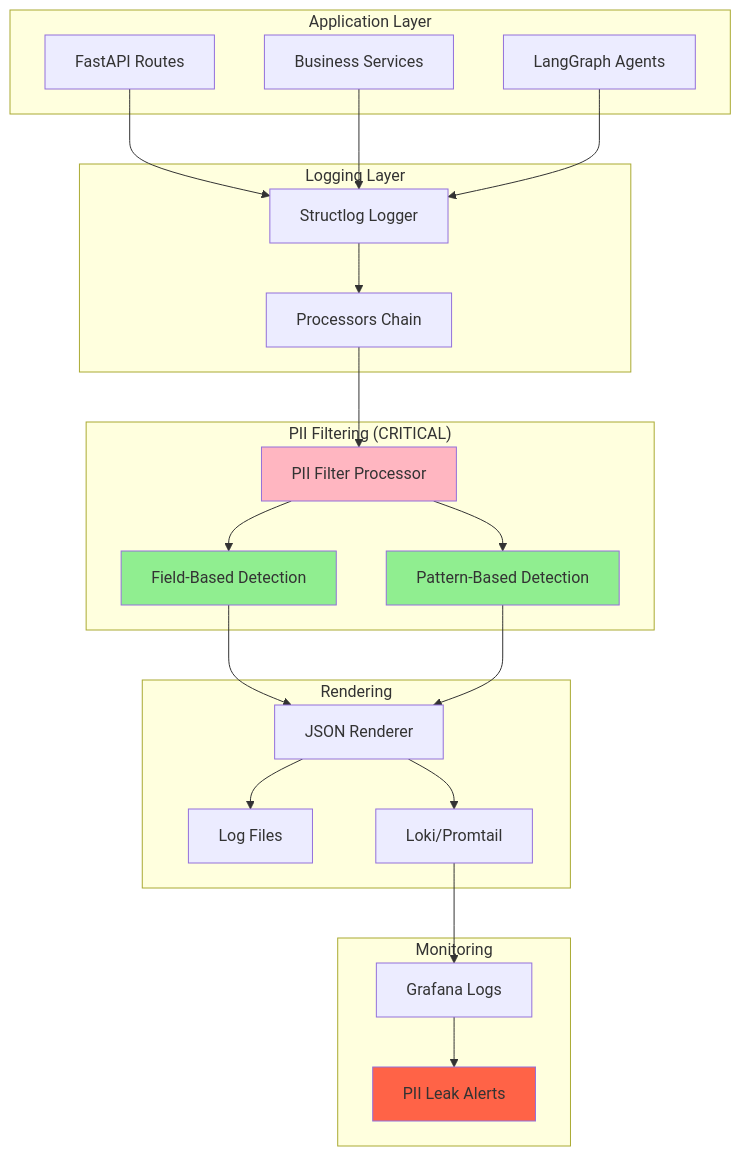
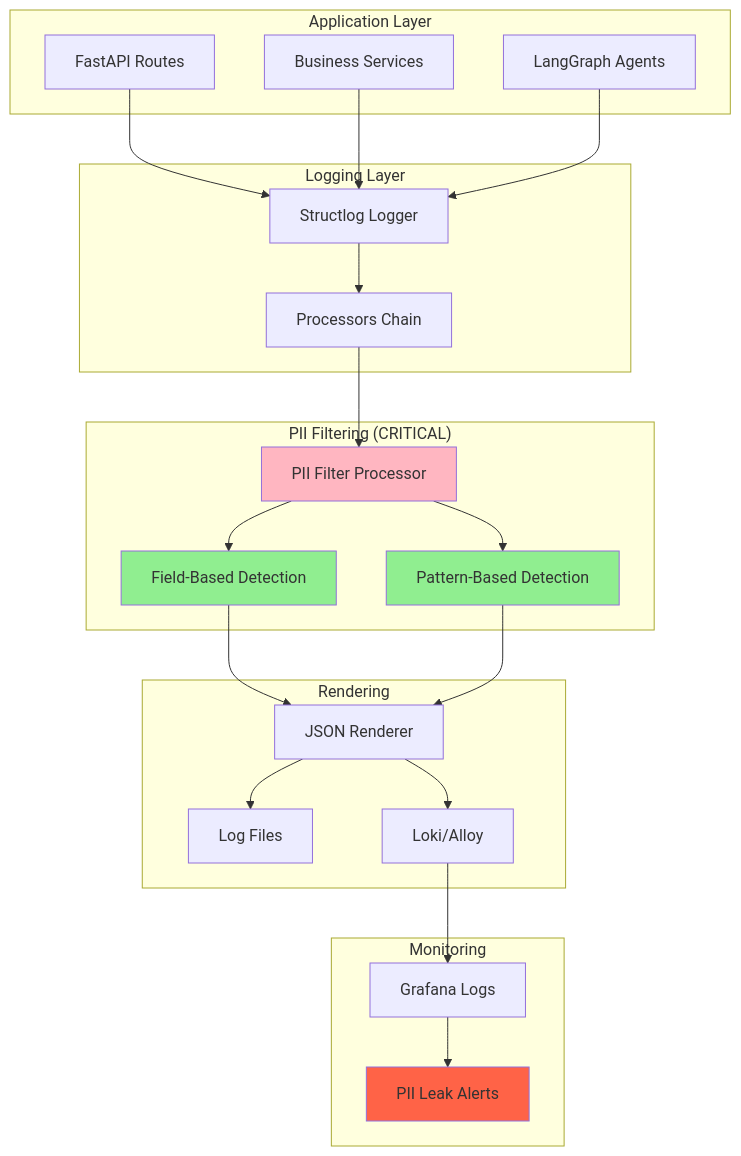
Before and after one commit to jgouviergmail/LIA-Assistant: the first of 3 diagrams in docs/technical/PII_LOGGING_SECURITY.md, drawn with Mermaid. The commit also changed other lines of this file and 28 other files, not shown here.

````diff
--- a/docs/technical/PII_LOGGING_SECURITY.md
+++ b/docs/technical/PII_LOGGING_SECURITY.md
@@ -84,54 +84,54 @@
 ```mermaid
 graph TB
     subgraph "Application Layer"
         API[FastAPI Routes]
         Services[Business Services]
         Agents[LangGraph Agents]
     end
 
     subgraph "Logging Layer"
         Structlog[Structlog Logger]
         Processors[Processors Chain]
     end
 
     subgraph "PII Filtering (CRITICAL)"
         PIIFilter[PII Filter Processor]
         FieldDetection[Field-Based Detection]
         PatternDetection[Pattern-Based Detection]
     end
 
     subgraph "Rendering"
         JSONRenderer[JSON Renderer]
         FileHandler[Log Files]
-        Loki[Loki/Promtail]
+        Loki[Loki/Alloy]
     end
 
     subgraph "Monitoring"
         Grafana[Grafana Logs]
         Alerts[PII Leak Alerts]
     end
 
     API --> Structlog
     Services --> Structlog
     Agents --> Structlog
 
     Structlog --> Processors
     Processors --> PIIFilter
 
     PIIFilter --> FieldDetection
     PIIFilter --> PatternDetection
 
     FieldDetection --> JSONRenderer
     PatternDetection --> JSONRenderer
 
     JSONRenderer --> FileHandler
     JSONRenderer --> Loki
 
     Loki --> Grafana
     Grafana --> Alerts
 
     style PIIFilter fill:#FFB6C1
     style FieldDetection fill:#90EE90
     style PatternDetection fill:#90EE90
     style Alerts fill:#FF6347
 ```
````
